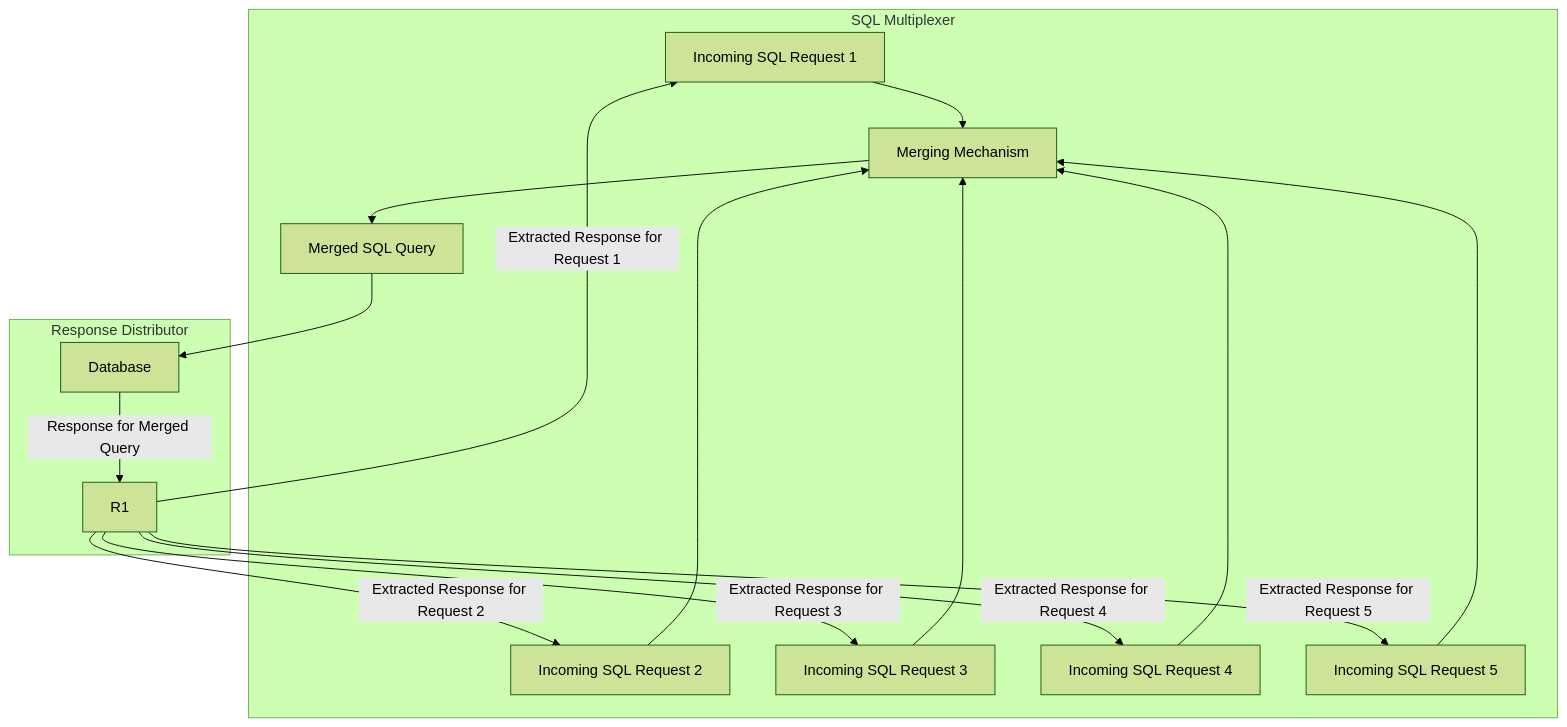
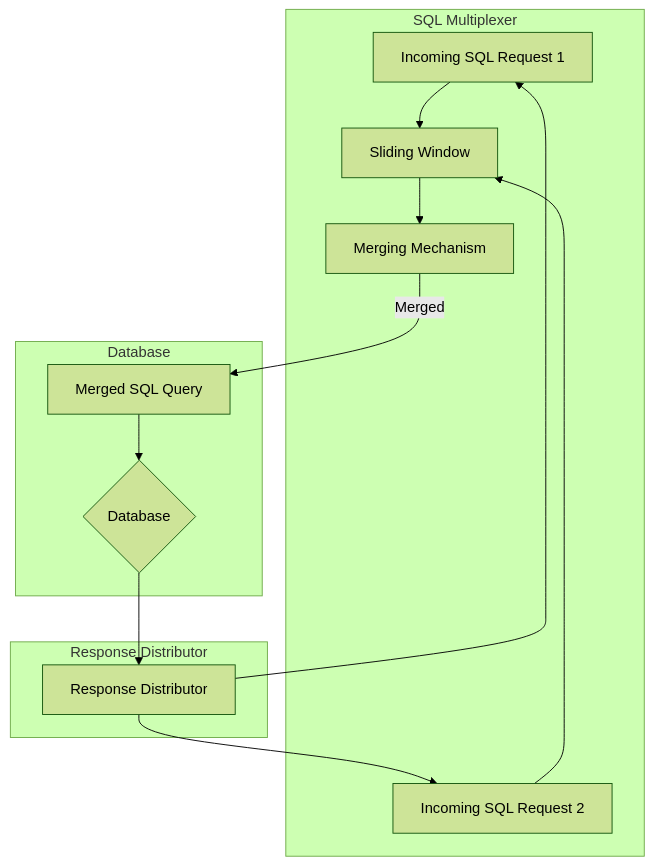
The diagram in README.md (fzft/go-otzi), drawn with Mermaid (forest theme) before and after one commit.

````diff
--- a/README.md
+++ b/README.md
@@ -5,22 +5,22 @@
 ```mermaid
 graph TD
     subgraph SQL Multiplexer
-        A1[Incoming SQL Request 1] --> M[Merging Mechanism]
-        A2[Incoming SQL Request 2] --> M
-        A3[Incoming SQL Request 3] --> M
-        A4[Incoming SQL Request 4] --> M
-        A5[Incoming SQL Request 5] --> M
-        M --> Q[Merged SQL Query]
+        A1[Incoming SQL Request 1] --> SW
+        A2[Incoming SQL Request 2] --> SW
+
+        SW[Sliding Window] --> M[Merging Mechanism]
     end
 
-    Q --> DB[Database]
+    M -->|Merged| Q
+
+    subgraph Database
+        Q[Merged SQL Query] --> DB{Database}
+    end
 
     subgraph Response Distributor
-        DB -- Response for Merged Query --> R1
-        R1 -- Extracted Response for Request 1 --> A1
-        R1 -- Extracted Response for Request 2 --> A2
-        R1 -- Extracted Response for Request 3 --> A3
-        R1 -- Extracted Response for Request 4 --> A4
-        R1 -- Extracted Response for Request 5 --> A5
+        DB --> R1[Response Distributor]
+        R1 --> A1
+        R1 --> A2
     end
+
 ```
````
